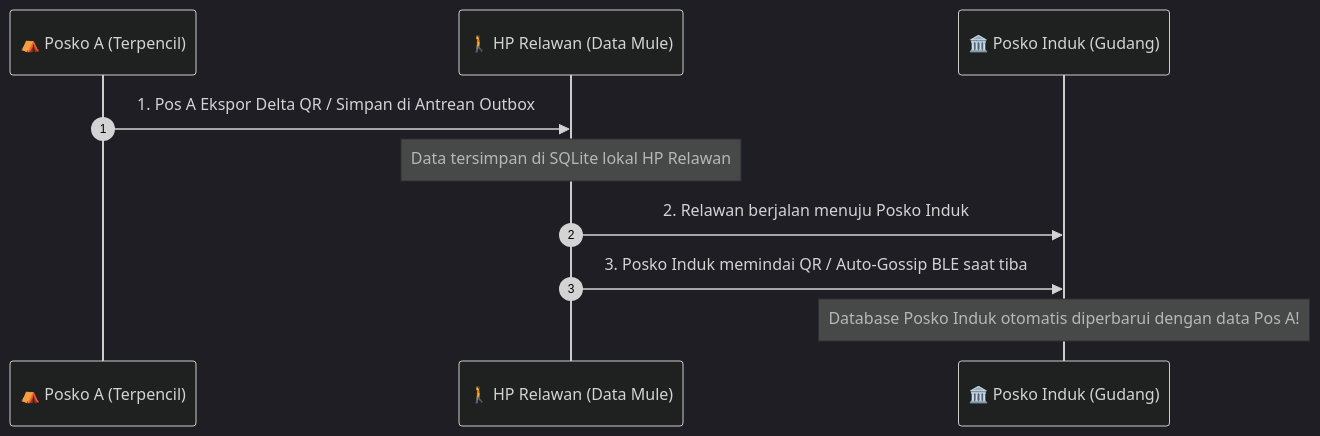
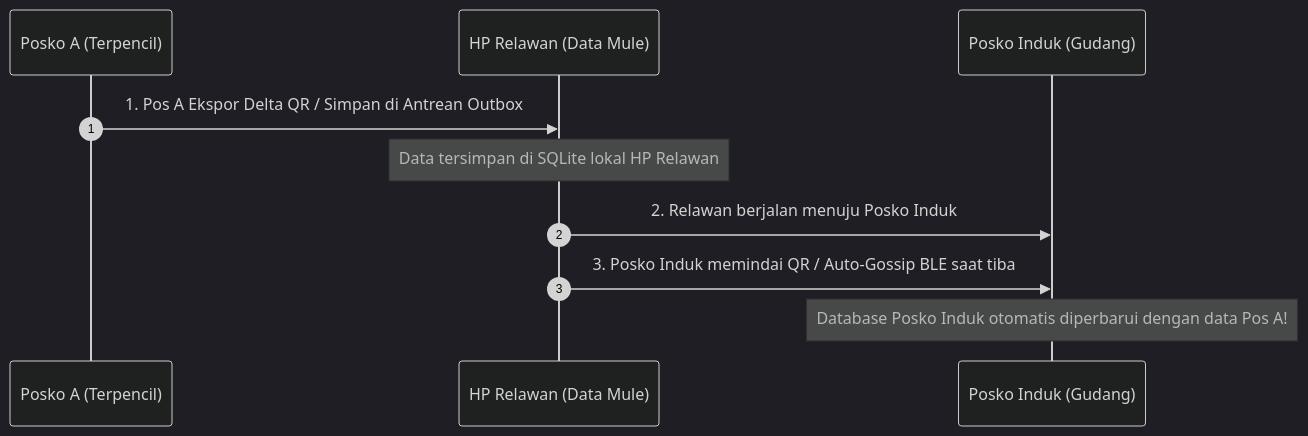
One commit to untacorp/sandya changed the third of 5 diagrams in docs/event-sourcing-dan-hierarki.md. Above: the diagram before and after it, drawn with Mermaid (dark theme). The commit also changed other lines of this file and 218 other files, not shown here.

````diff
--- a/docs/event-sourcing-dan-hierarki.md
+++ b/docs/event-sourcing-dan-hierarki.md
@@ -103,13 +103,13 @@
 ```mermaid
 sequenceDiagram
-    autonumber
-    participant PosA as ⛺ Posko A (Terpencil)
-    participant Relawan as 🚶 HP Relawan (Data Mule)
-    participant PosPusat as 🏛️ Posko Induk (Gudang)
+  autonumber
+  participant PosA as  Posko A (Terpencil)
+  participant Relawan as  HP Relawan (Data Mule)
+  participant PosPusat as  Posko Induk (Gudang)
 
-    PosA->>Relawan: 1. Pos A Ekspor Delta QR / Simpan di Antrean Outbox
-    Note over Relawan: Data tersimpan di SQLite lokal HP Relawan
-    Relawan->>PosPusat: 2. Relawan berjalan menuju Posko Induk
-    Relawan->>PosPusat: 3. Posko Induk memindai QR / Auto-Gossip BLE saat tiba
-    Note over PosPusat: Database Posko Induk otomatis diperbarui dengan data Pos A!
+  PosA->>Relawan: 1. Pos A Ekspor Delta QR / Simpan di Antrean Outbox
+  Note over Relawan: Data tersimpan di SQLite lokal HP Relawan
+  Relawan->>PosPusat: 2. Relawan berjalan menuju Posko Induk
+  Relawan->>PosPusat: 3. Posko Induk memindai QR / Auto-Gossip BLE saat tiba
+  Note over PosPusat: Database Posko Induk otomatis diperbarui dengan data Pos A!
 ```
````
